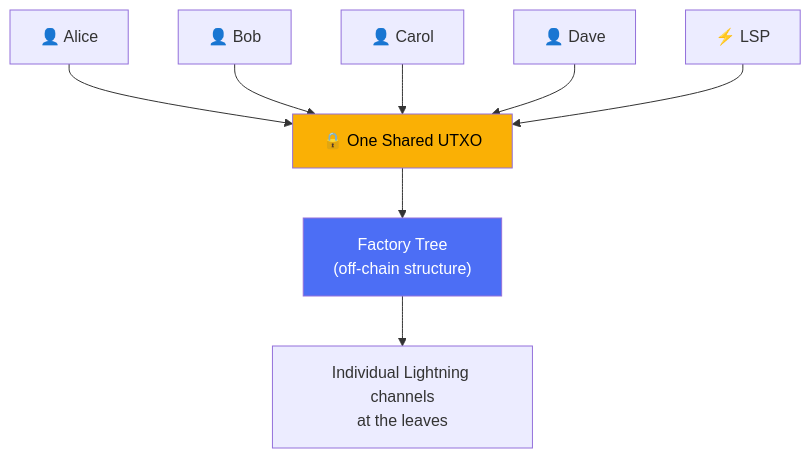
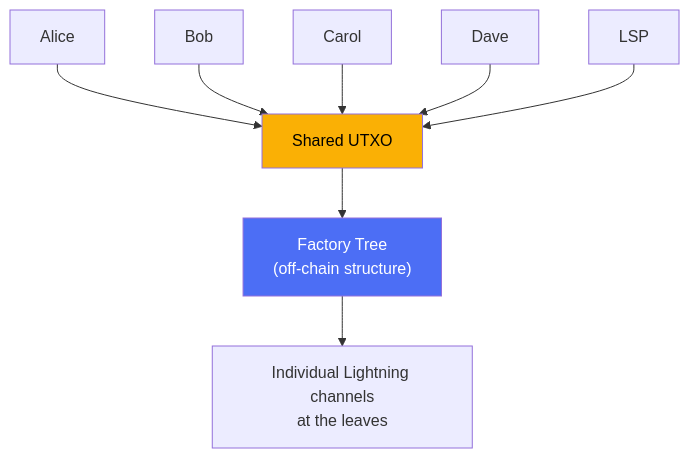
Before and after one commit to 8144225309/superscalar-docs: the diagram in index.md, drawn with Mermaid. The commit also changed other lines of this file and 31 other files, not shown here.

````diff
--- a/index.md
+++ b/index.md
@@ -15,13 +13,13 @@
 ```mermaid
 graph TD
-    A["👤 Alice"] --> U["🔒 One Shared UTXO"]
-    B["👤 Bob"] --> U
-    C["👤 Carol"] --> U
-    D["👤 Dave"] --> U
-    LSP["⚡ LSP"] --> U
+    A["Alice"] --> U["Shared UTXO"]
+    B["Bob"] --> U
+    C["Carol"] --> U
+    D["Dave"] --> U
+    LSP["LSP"] --> U
     U --> T["Factory Tree<br/>(off-chain structure)"]
     T --> CH["Individual Lightning channels<br/>at the leaves"]
 
     style U fill:#fab005,color:#000
     style T fill:#4c6ef5,color:#fff
 ```
````
